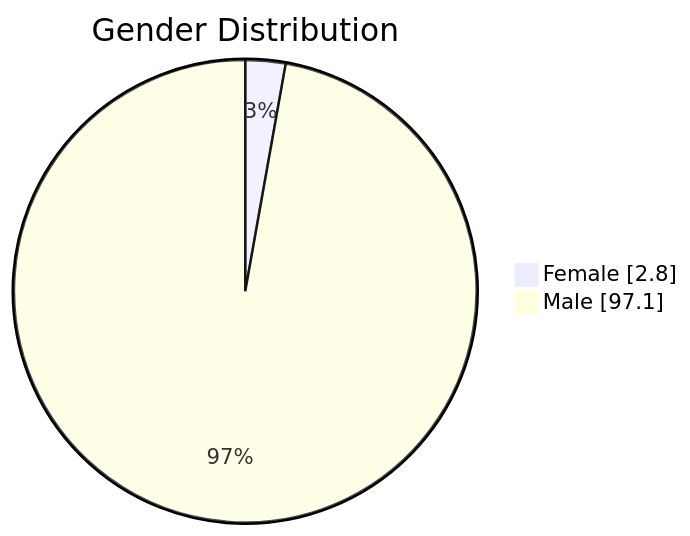
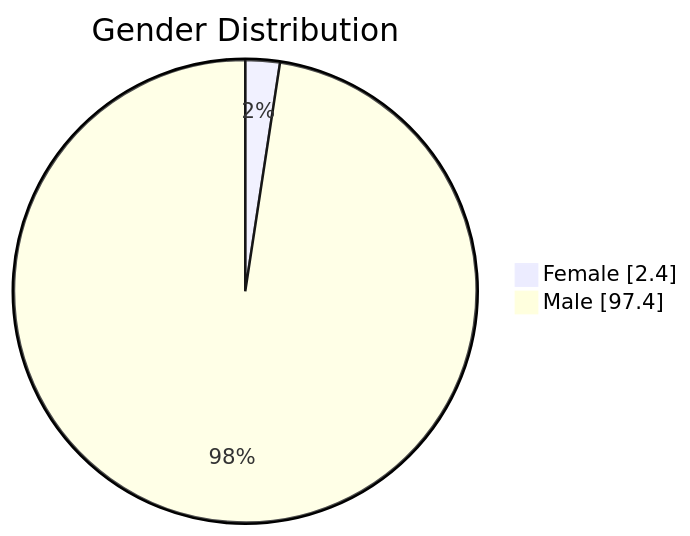
Before and after one commit to vfarcic/devopstoolkit-live: the second of 3 diagrams in content/sponsor/_index.md, drawn with Mermaid. The commit also changed other lines of this file and 3 other files, not shown here.

````diff
--- a/content/sponsor/_index.md
+++ b/content/sponsor/_index.md
@@ -57,5 +62,5 @@
 ```mermaid
 pie showData title Gender Distribution
-    "Female" : 2.8
-    "Male" : 97.1
+    "Female" : 2.4
+    "Male" : 97.4
 ```
````
